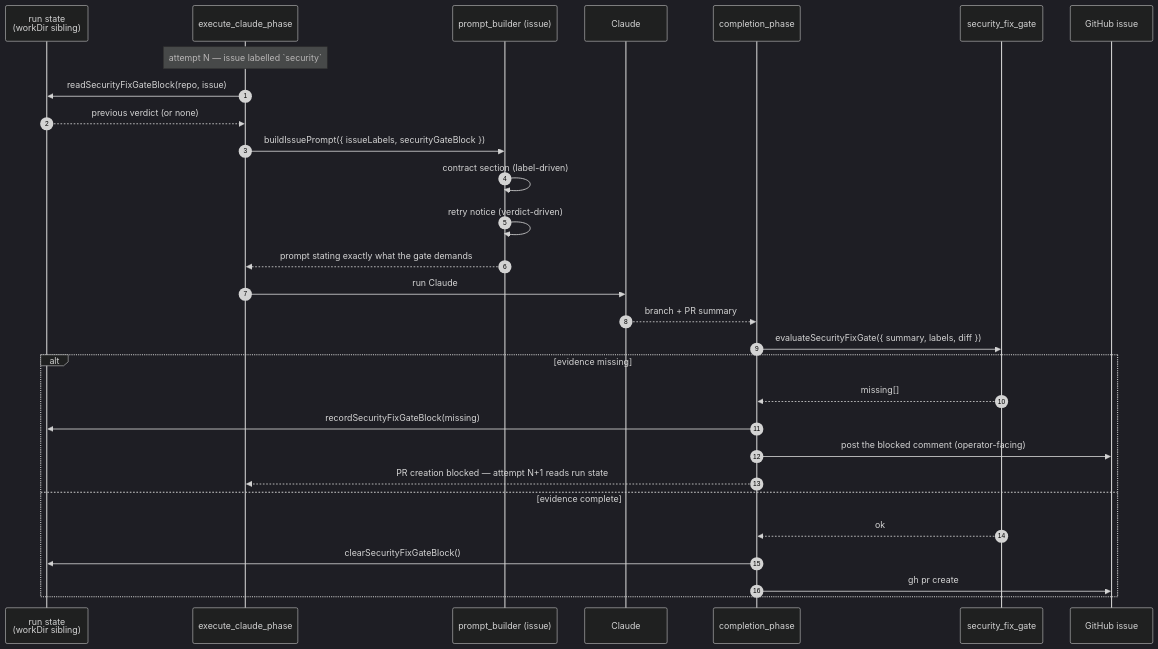
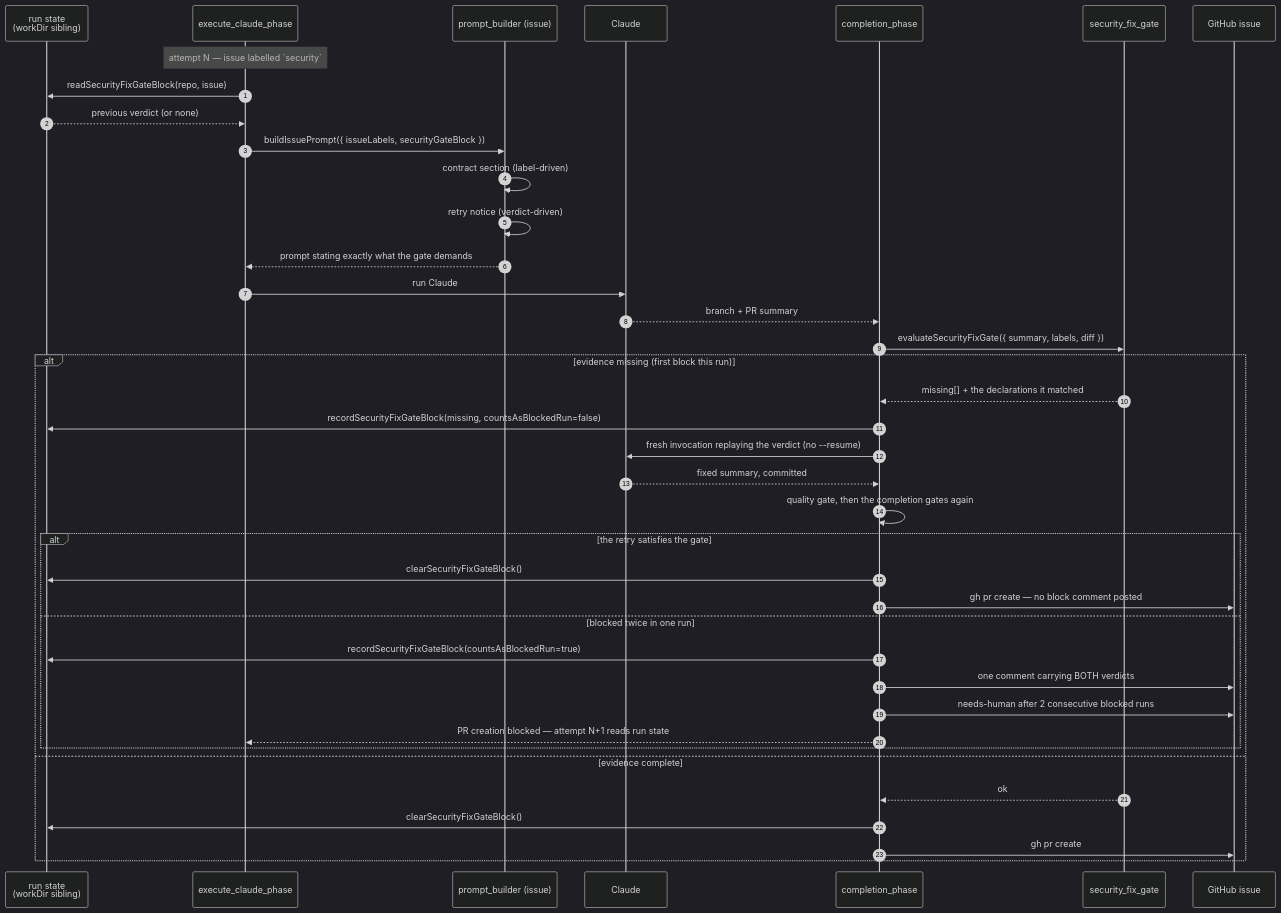
The diagram in docs/security-fix-gate-feedback.md (stSoftwareAU/VibeCoder), drawn with Mermaid (dark theme) before and after one commit. The commit also changed other lines of this file, not shown here.

First line of the commit message:
Document the in-run security-fix gate retry (Issue #1575)

````diff
--- a/docs/security-fix-gate-feedback.md
+++ b/docs/security-fix-gate-feedback.md
@@ -30,32 +30,42 @@
 ```mermaid
 sequenceDiagram
     autonumber
     participant S as run state<br/>(workDir sibling)
     participant E as execute_claude_phase
     participant B as prompt_builder (issue)
     participant Cl as Claude
     participant C as completion_phase
     participant G as security_fix_gate
     participant GH as GitHub issue
 
     Note over E: attempt N — issue labelled `security`
     E->>S: readSecurityFixGateBlock(repo, issue)
     S-->>E: previous verdict (or none)
     E->>B: buildIssuePrompt({ issueLabels, securityGateBlock })
     B->>B: contract section (label-driven)
     B->>B: retry notice (verdict-driven)
     B-->>E: prompt stating exactly what the gate demands
     E->>Cl: run Claude
     Cl-->>C: branch + PR summary
     C->>G: evaluateSecurityFixGate({ summary, labels, diff })
-    alt evidence missing
-        G-->>C: missing[]
-        C->>S: recordSecurityFixGateBlock(missing)
-        C->>GH: post the blocked comment (operator-facing)
-        C-->>E: PR creation blocked — attempt N+1 reads run state
+    alt evidence missing (first block this run)
+        G-->>C: missing[] + the declarations it matched
+        C->>S: recordSecurityFixGateBlock(missing, countsAsBlockedRun=false)
+        C->>Cl: fresh invocation replaying the verdict (no --resume)
+        Cl-->>C: fixed summary, committed
+        C->>C: quality gate, then the completion gates again
+        alt the retry satisfies the gate
+            C->>S: clearSecurityFixGateBlock()
+            C->>GH: gh pr create — no block comment posted
+        else blocked twice in one run
+            C->>S: recordSecurityFixGateBlock(countsAsBlockedRun=true)
+            C->>GH: one comment carrying BOTH verdicts
+            C->>GH: needs-human after 2 consecutive blocked runs
+            C-->>E: PR creation blocked — attempt N+1 reads run state
+        end
     else evidence complete
         G-->>C: ok
         C->>S: clearSecurityFixGateBlock()
         C->>GH: gh pr create
     end
 ```
````
